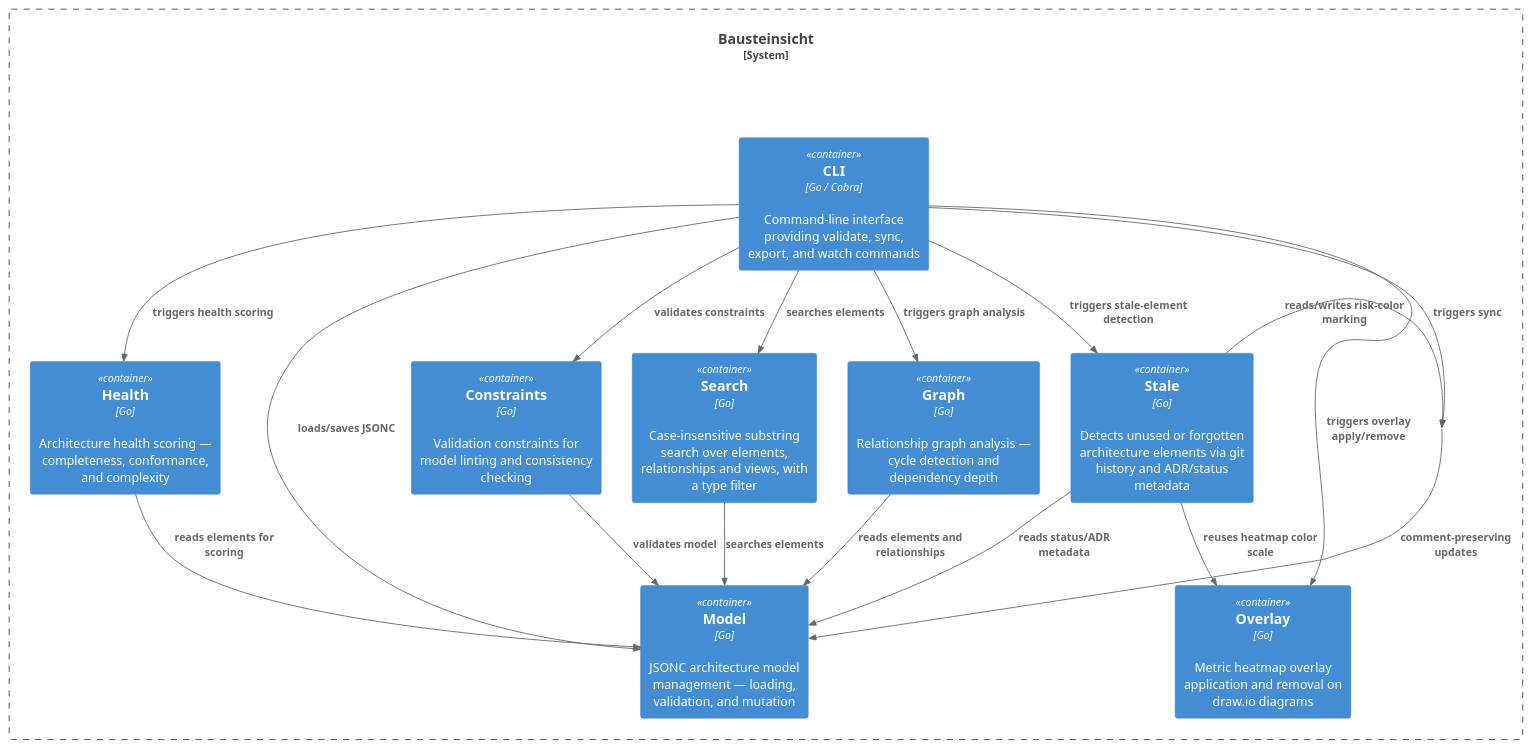
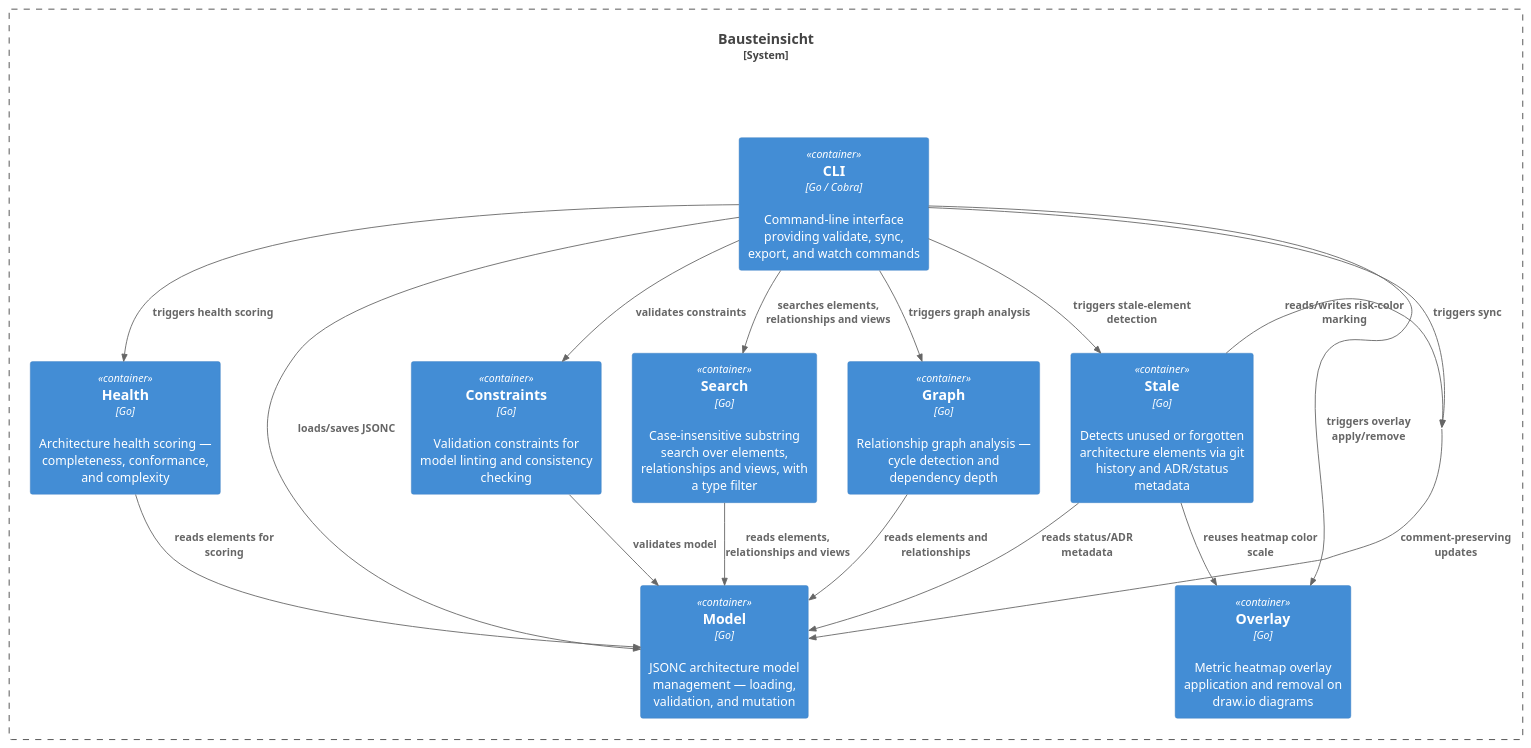
Before and after one commit to docToolchain/Bausteinsicht: the diagram in src/docs/arc42/containers-analysis.puml, drawn with PlantUML. The commit also changed 7 other files, not shown here.

First line of the commit message:
docs(arc42): label search relationships with all three result types

```diff
--- a/src/docs/arc42/containers-analysis.puml
+++ b/src/docs/arc42/containers-analysis.puml
@@ -1,31 +1,31 @@
 @startuml
 !include <C4/C4_Container>
 
 System_Boundary(bausteinsicht, "Bausteinsicht") {
   Container(bausteinsicht_cli, "CLI", "Go / Cobra", "Command-line interface providing validate, sync, export, and watch commands")
   Container(bausteinsicht_constraints, "Constraints", "Go", "Validation constraints for model linting and consistency checking")
   Container(bausteinsicht_graph, "Graph", "Go", "Relationship graph analysis — cycle detection and dependency depth")
   Container(bausteinsicht_health, "Health", "Go", "Architecture health scoring — completeness, conformance, and complexity")
   Container(bausteinsicht_model, "Model", "Go", "JSONC architecture model management — loading, validation, and mutation")
   Container(bausteinsicht_overlay, "Overlay", "Go", "Metric heatmap overlay application and removal on draw.io diagrams")
   Container(bausteinsicht_search, "Search", "Go", "Case-insensitive substring search over elements, relationships and views, with a type filter")
   Container(bausteinsicht_stale, "Stale", "Go", "Detects unused or forgotten architecture elements via git history and ADR/status metadata")
 }
 
 Rel(bausteinsicht_cli, bausteinsicht_model, "loads/saves JSONC")
 Rel(bausteinsicht_cli, bausteinsicht, "triggers sync")
-Rel(bausteinsicht_cli, bausteinsicht_search, "searches elements")
+Rel(bausteinsicht_cli, bausteinsicht_search, "searches elements, relationships and views")
 Rel(bausteinsicht_cli, bausteinsicht_constraints, "validates constraints")
 Rel(bausteinsicht_cli, bausteinsicht_graph, "triggers graph analysis")
 Rel(bausteinsicht_cli, bausteinsicht_health, "triggers health scoring")
 Rel(bausteinsicht_cli, bausteinsicht_overlay, "triggers overlay apply/remove")
 Rel(bausteinsicht_cli, bausteinsicht_stale, "triggers stale-element detection")
 Rel(bausteinsicht, bausteinsicht_model, "comment-preserving updates")
-Rel(bausteinsicht_search, bausteinsicht_model, "searches elements")
+Rel(bausteinsicht_search, bausteinsicht_model, "reads elements, relationships and views")
 Rel(bausteinsicht_constraints, bausteinsicht_model, "validates model")
 Rel(bausteinsicht_graph, bausteinsicht_model, "reads elements and relationships")
 Rel(bausteinsicht_health, bausteinsicht_model, "reads elements for scoring")
 Rel(bausteinsicht_stale, bausteinsicht, "reads/writes risk-color marking")
 Rel(bausteinsicht_stale, bausteinsicht_model, "reads status/ADR metadata")
 Rel(bausteinsicht_stale, bausteinsicht_overlay, "reuses heatmap color scale")
 @enduml
```
